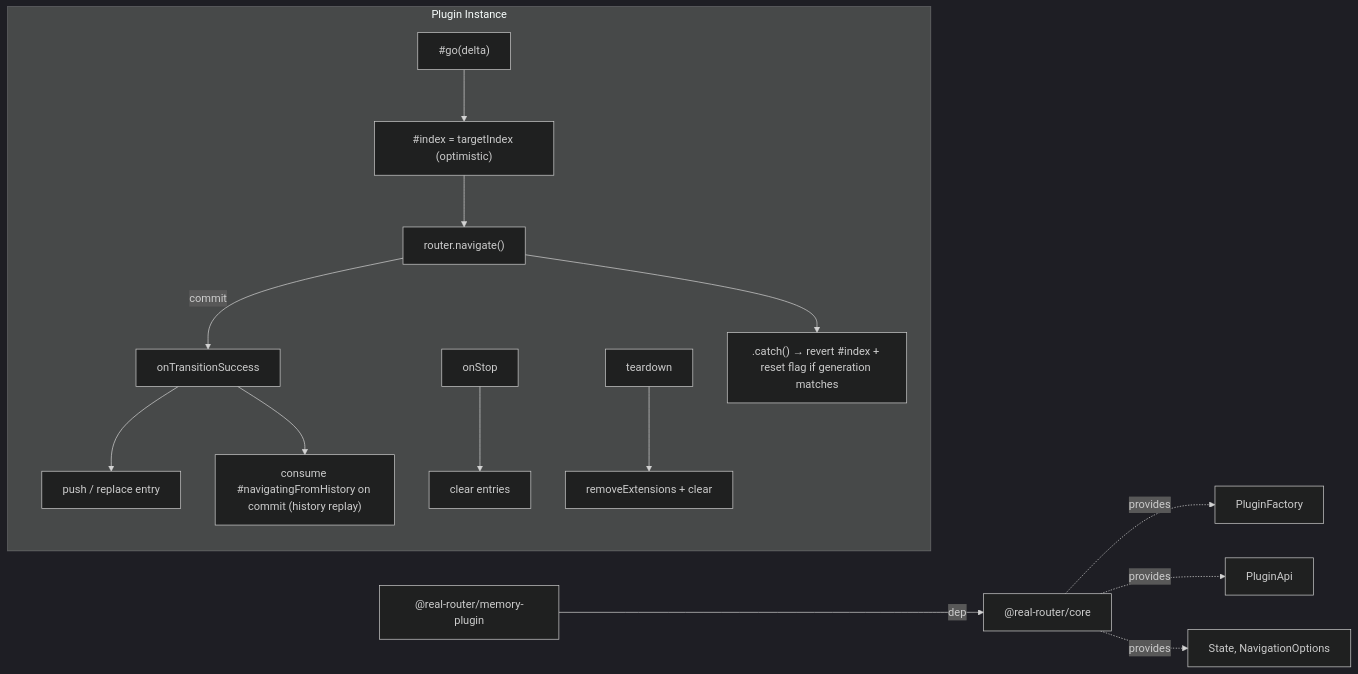
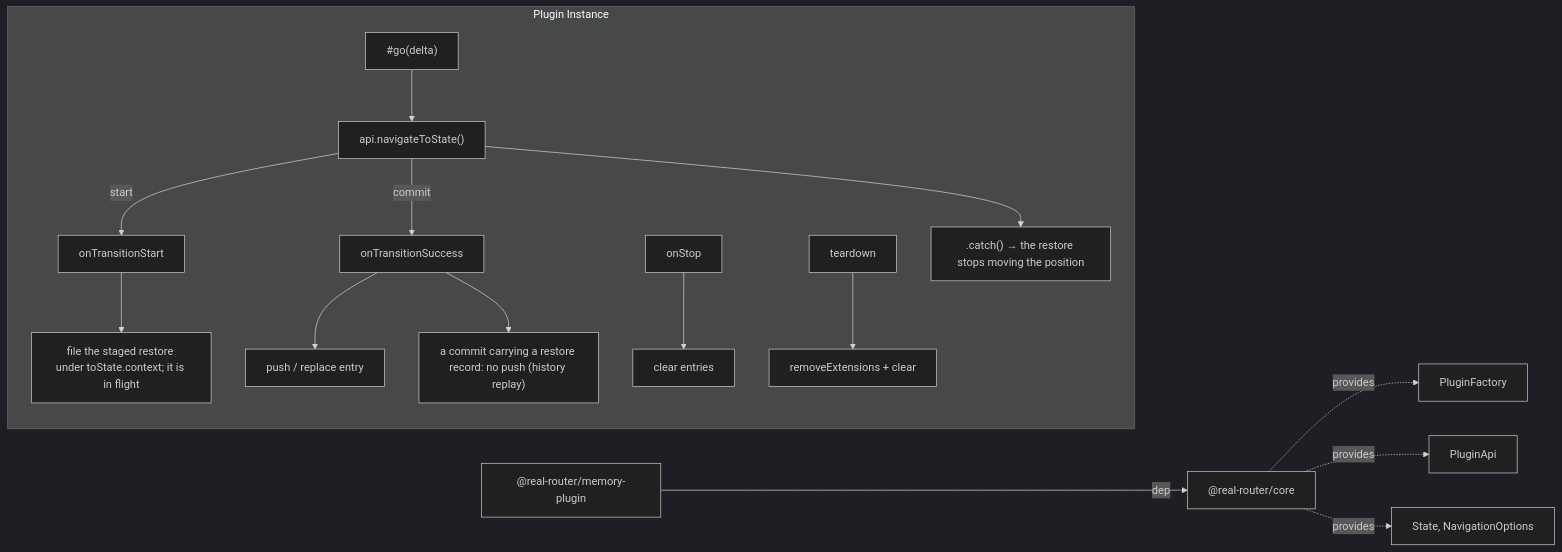
Before and after one commit to greydragon888/real-router: the diagram in packages/memory-plugin/ARCHITECTURE.md, drawn with Mermaid (dark theme). The commit also changed other lines of this file and 8 other files, not shown here.

````diff
--- a/packages/memory-plugin/ARCHITECTURE.md
+++ b/packages/memory-plugin/ARCHITECTURE.md
@@ -24,19 +24,20 @@
 ```mermaid
 graph LR
     MP["@real-router/memory-plugin"] -->|dep| CORE["@real-router/core"]
 
     CORE -.->|provides| PF[PluginFactory]
     CORE -.->|provides| PA[PluginApi]
     CORE -.->|provides| TYPES["State, NavigationOptions"]
 
     subgraph plugin [Plugin Instance]
+        OTSTART["onTransitionStart"] --> FILE["file the staged restore under toState.context; it is in flight"]
         OTS["onTransitionSuccess"] --> PUSH[push / replace entry]
-        OTS --> CONSUME["consume #navigatingFromHistory on commit (history replay)"]
+        OTS --> CONSUME["a commit carrying a restore record: no push (history replay)"]
         OS["onStop"] --> CLEAR[clear entries]
         TD["teardown"] --> RM[removeExtensions + clear]
-        GO["#go(delta)"] --> IDXSYNC["#index = targetIndex (optimistic)"]
-        IDXSYNC --> NAV["router.navigate()"]
+        GO["#go(delta)"] --> NAV["api.navigateToState()"]
+        NAV -->|start| OTSTART
         NAV -->|commit| OTS
-        NAV --> CATCH[".catch() → revert #index + reset flag if generation matches"]
+        NAV --> CATCH[".catch() → the restore stops moving the position"]
     end
 ```
````
